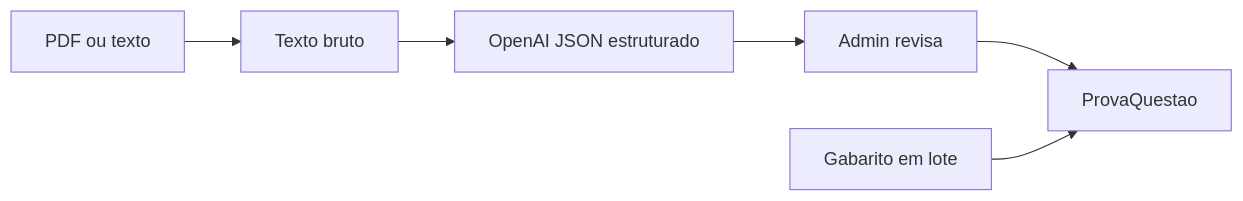
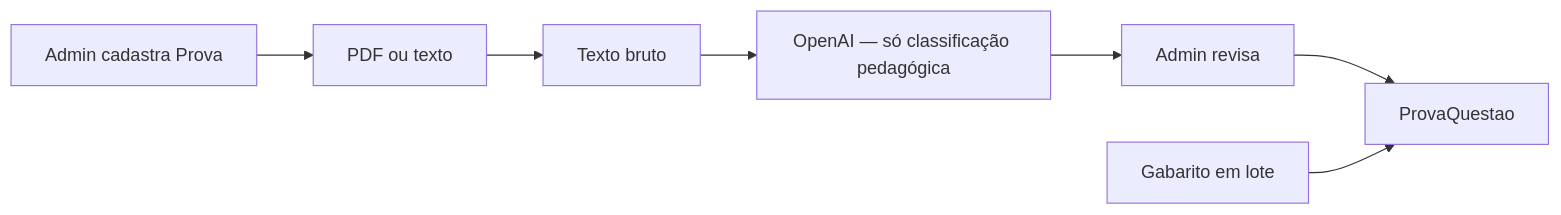
One commit to ftsmazzo/coach-vestibular changed the diagram in docs/EXTRACAO-IA.md. Above: the diagram before and after it, drawn with Mermaid. The commit also changed other lines of this file and 12 other files, not shown here.

First line of the commit message:
Separa metadados da prova (cadastro) da classificacao por questao.

````diff
--- a/docs/EXTRACAO-IA.md
+++ b/docs/EXTRACAO-IA.md
@@ -19,8 +22,9 @@
 ```mermaid
 flowchart LR
-  PDF[PDF ou texto] --> Texto[Texto bruto]
-  Texto --> IA[OpenAI JSON estruturado]
+  Cadastro[Admin cadastra Prova] --> PDF[PDF ou texto]
+  PDF --> Texto[Texto bruto]
+  Texto --> IA[OpenAI — só classificação pedagógica]
   IA --> Preview[Admin revisa]
   Preview --> DB[ProvaQuestao]
   Gabarito[Gabarito em lote] --> DB
 ```
````
